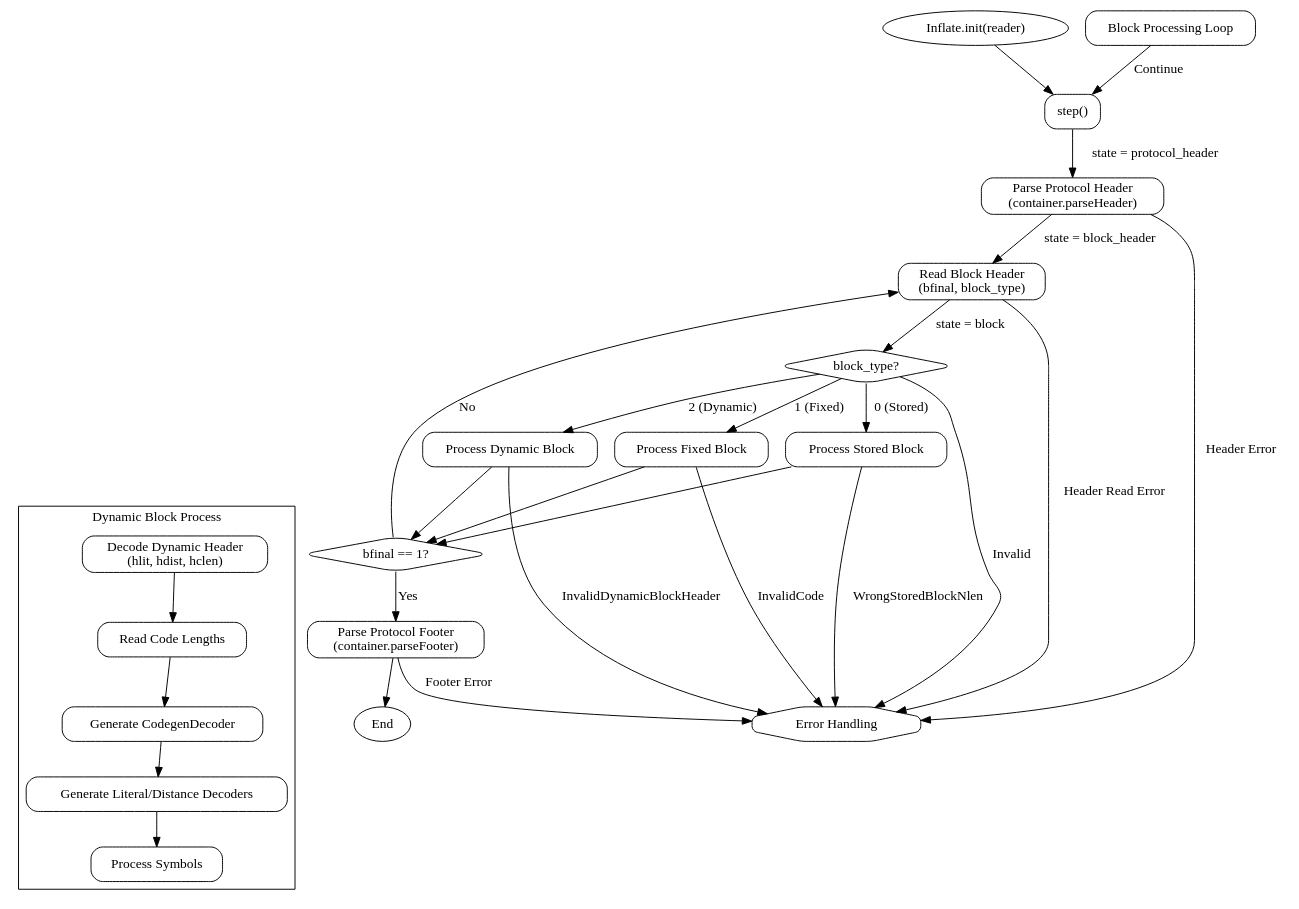
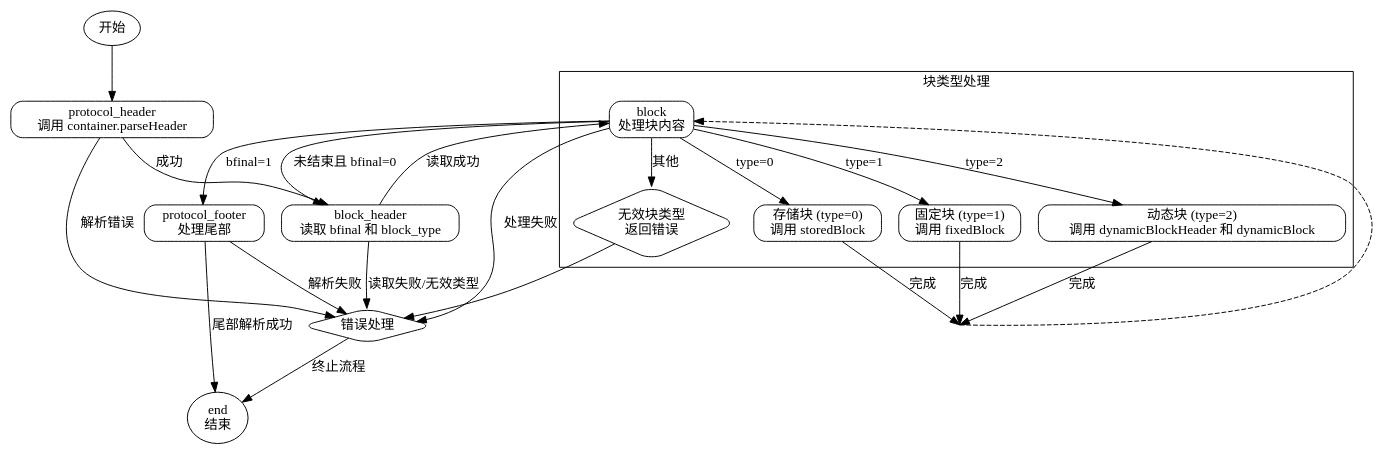
One commit to sdzx-1/deepseek-zig-reader changed the diagram in dot_std/compress/flate/inflate.zig.Inflate.md. Above: the diagram before and after it, drawn with Graphviz. The commit also changed other lines of this file and 236 other files, not shown here.

````diff
--- a/dot_std/compress/flate/inflate.zig.Inflate.md
+++ b/dot_std/compress/flate/inflate.zig.Inflate.md
@@ -24,61 +24,52 @@
-```graphviz
+```dot
 digraph InflateFlow {
     rankdir=TB;
-    node [shape=rectangle, style=rounded];
+    node [shape=box, style=rounded];
 
-    start [label="Inflate.init(reader)", shape=ellipse];
-    step [label="step()"];
-    protocol_header [label="Parse Protocol Header\n(container.parseHeader)"];
-    block_header [label="Read Block Header\n(bfinal, block_type)"];
-    block_type_decision [label="block_type?", shape=diamond];
-    stored_block [label="Process Stored Block"];
-    fixed_block [label="Process Fixed Block"];
-    dynamic_block [label="Process Dynamic Block"];
-    block_processing [label="Block Processing Loop"];
-    check_bfinal [label="bfinal == 1?", shape=diamond];
-    protocol_footer [label="Parse Protocol Footer\n(container.parseFooter)"];
-    end [label="End", shape=ellipse];
-    error [label="Error Handling", shape=octagon];
+    start [label="开始", shape=oval];
+    protocol_header [label="protocol_header\n调用 container.parseHeader"];
+    block_header [label="block_header\n读取 bfinal 和 block_type"];
+    block_processing [label="block\n处理块内容"];
+    protocol_footer [label="protocol_footer\n处理尾部"];
+    end [label="end\n结束", shape=oval];
+    error_node [label="错误处理", shape=diamond];
 
-    start -> step;
-    step -> protocol_header [label="state = protocol_header"];
-    protocol_header -> block_header [label="state = block_header"];
-    block_header -> block_type_decision [label="state = block"];
+    start -> protocol_header;
     
-    block_type_decision -> stored_block [label="0 (Stored)"];
-    block_type_decision -> fixed_block [label="1 (Fixed)"];
-    block_type_decision -> dynamic_block [label="2 (Dynamic)"];
-    block_type_decision -> error [label="Invalid"];
-
-    stored_block -> check_bfinal;
-    fixed_block -> check_bfinal;
-    dynamic_block -> check_bfinal;
-
-    check_bfinal -> protocol_footer [label="Yes"];
-    check_bfinal -> block_header [label="No"];
-
-    protocol_footer -> end;
-    block_processing -> step [label="Continue"];
-
-    // Error paths
-    protocol_header -> error [label="Header Error"];
-    block_header -> error [label="Header Read Error"];
-    stored_block -> error [label="WrongStoredBlockNlen"];
-    fixed_block -> error [label="InvalidCode"];
-    dynamic_block -> error [label="InvalidDynamicBlockHeader"];
-    protocol_footer -> error [label="Footer Error"];
-
-    // Sub-processes
-    subgraph cluster_dynamic_block {
-        label="Dynamic Block Process";
-        dynamic_header [label="Decode Dynamic Header\n(hlit, hdist, hclen)"];
-        cl_lens [label="Read Code Lengths"];
-        cl_dec [label="Generate CodegenDecoder"];
-        lit_dist_dec [label="Generate Literal/Distance Decoders"];
-        dynamic_block_loop [label="Process Symbols"];
+    protocol_header -> block_header [label="成功"];
+    protocol_header -> error_node [label="解析错误"];
+    
+    block_header -> block_processing [label="读取成功"];
+    block_header -> error_node [label="读取失败/无效类型"];
+    
+    block_processing -> block_header [label="未结束且 bfinal=0"];
+    block_processing -> protocol_footer [label="bfinal=1"];
+    block_processing -> error_node [label="处理失败"];
+    
+    subgraph cluster_block_type {
+        label="块类型处理";
+        stored_block [label="存储块 (type=0)\n调用 storedBlock"];
+        fixed_block [label="固定块 (type=1)\n调用 fixedBlock"];
+        dynamic_block [label="动态块 (type=2)\n调用 dynamicBlockHeader 和 dynamicBlock"];
+        invalid_block [label="无效块类型\n返回错误", shape=diamond];
         
-        dynamic_header -> cl_lens -> cl_dec -> lit_dist_dec -> dynamic_block_loop;
+        block_processing -> stored_block [label="type=0"];
+        block_processing -> fixed_block [label="type=1"];
+        block_processing -> dynamic_block [label="type=2"];
+        block_processing -> invalid_block [label="其他"];
     }
-    dynamic_block -> dynamic_header [style=invis];
+    
+    stored_block -> block_processing_continue [label="完成", weight=2];
+    fixed_block -> block_processing_continue [label="完成"];
+    dynamic_block -> block_processing_continue [label="完成"];
+    invalid_block -> error_node;
+    
+    block_processing_continue [label="继续处理", shape=point, width=0];
+    block_processing_continue -> block_processing [style=dashed];
+    
+    protocol_footer -> end [label="尾部解析成功"];
+    protocol_footer -> error_node [label="解析失败"];
+    
+    error_node -> end [label="终止流程"];
 }
 ```
````
